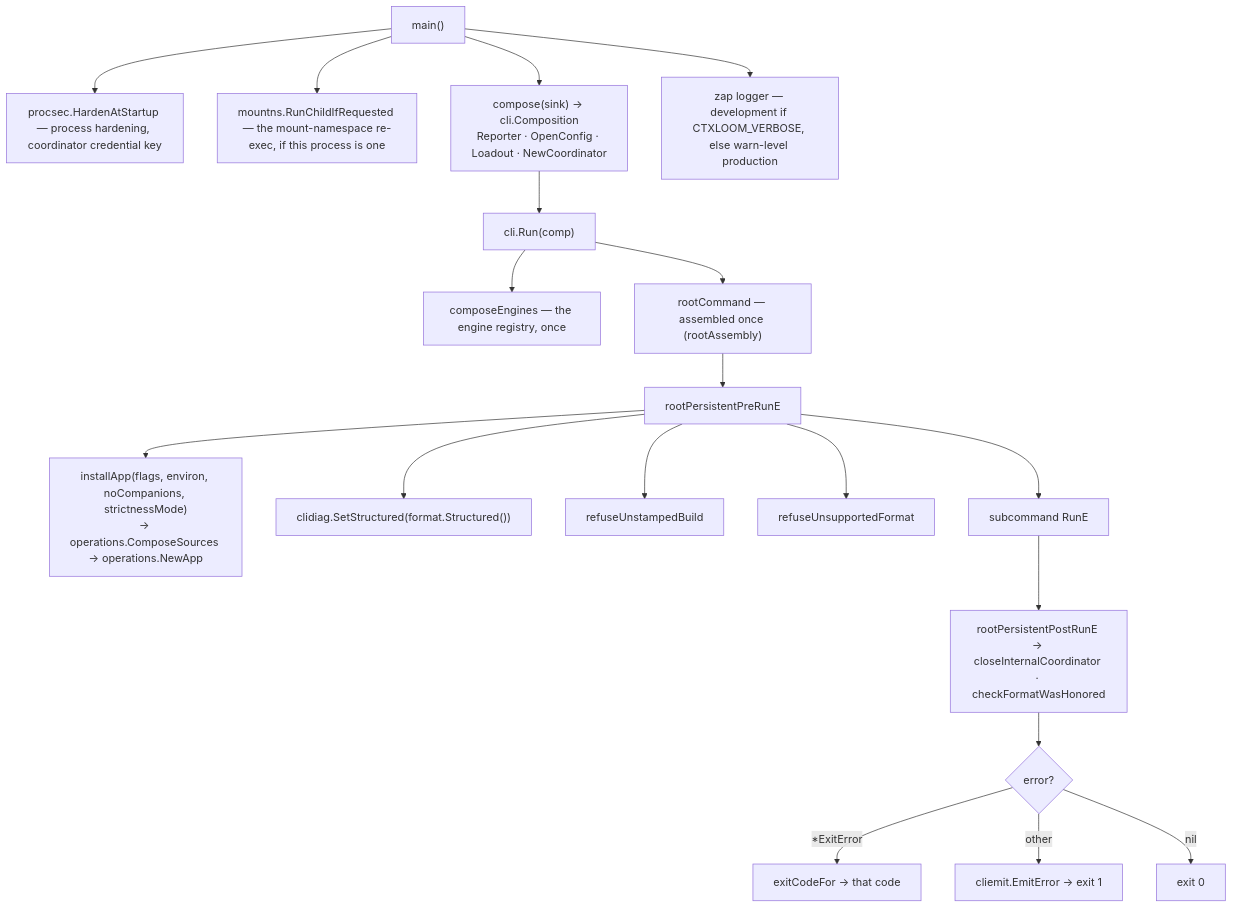
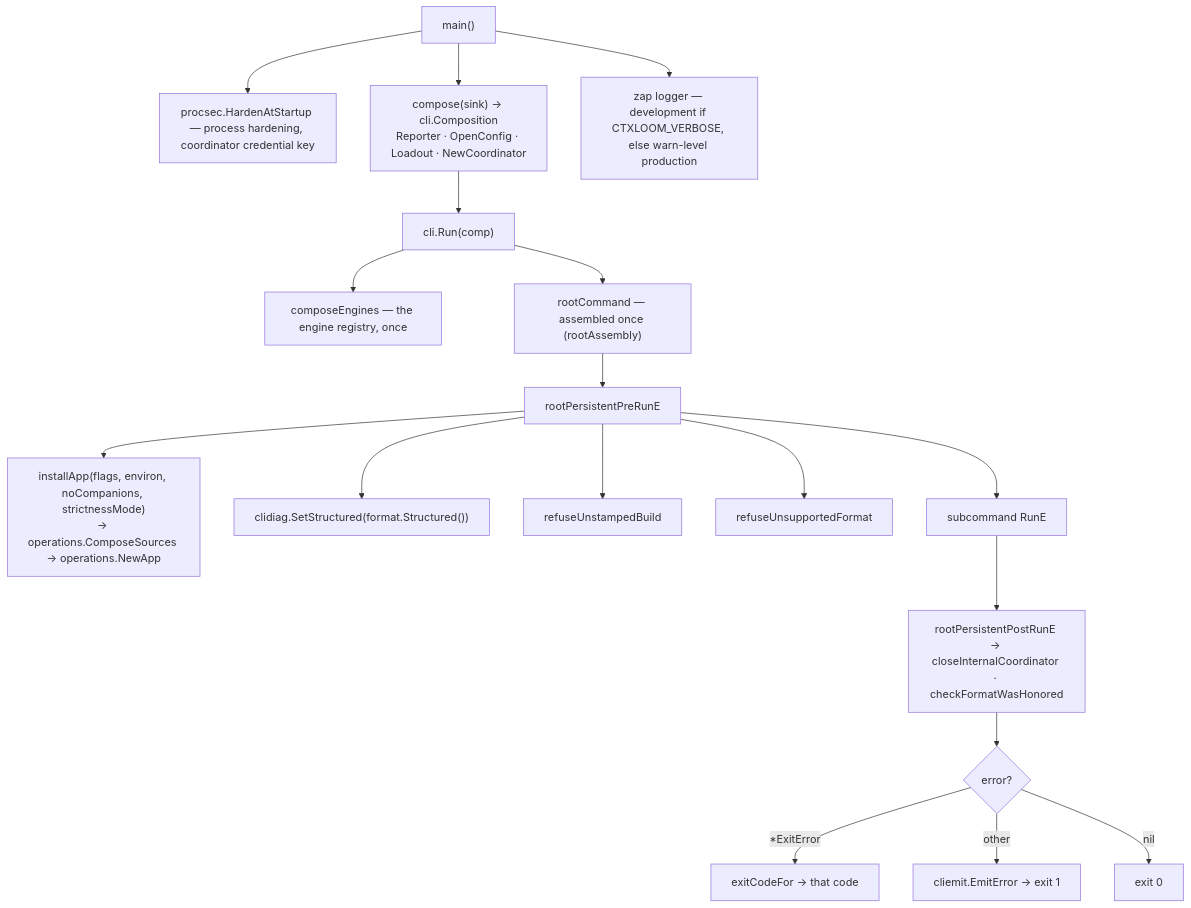
One commit to ctxloom/ctxloom changed the diagram in docs/architecture/cli/entrypoints.md. Above: the diagram before and after it, drawn with Mermaid. The commit also changed 8 other files, not shown here.

````diff
--- a/docs/architecture/cli/entrypoints.md
+++ b/docs/architecture/cli/entrypoints.md
@@ -24,22 +24,21 @@
 ```mermaid
 flowchart TD
     M["main()"]
     M --> PS["procsec.HardenAtStartup — process hardening, coordinator credential key"]
-    M --> MN["mountns.RunChildIfRequested — the mount-namespace re-exec, if this process is one"]
     M --> CO["compose(sink) → cli.Composition<br/>Reporter · OpenConfig · Loadout · NewCoordinator"]
     M --> LOG["zap logger — development if CTXLOOM_VERBOSE, else warn-level production"]
     CO --> RUN["cli.Run(comp)"]
     RUN --> CE["composeEngines — the engine registry, once"]
     RUN --> RC["rootCommand — assembled once (rootAssembly)"]
     RC --> PPR["rootPersistentPreRunE"]
     PPR --> IA["installApp(flags, environ, noCompanions, strictnessMode)<br/>→ operations.ComposeSources → operations.NewApp"]
     PPR --> FG["clidiag.SetStructured(format.Structured())"]
     PPR --> RUB["refuseUnstampedBuild"]
     PPR --> RUF["refuseUnsupportedFormat"]
     PPR --> RUNE["subcommand RunE"]
     RUNE --> POST["rootPersistentPostRunE → closeInternalCoordinator · checkFormatWasHonored"]
     POST --> ERR{"error?"}
     ERR -->|"*ExitError"| CODE["exitCodeFor → that code"]
     ERR -->|other| REP["cliemit.EmitError → exit 1"]
     ERR -->|nil| OK["exit 0"]
 ```
````
